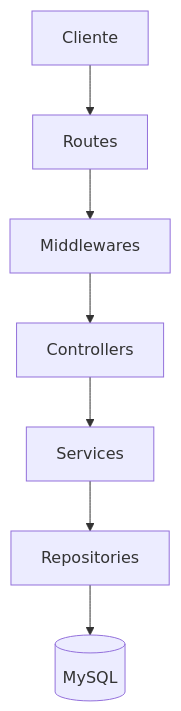
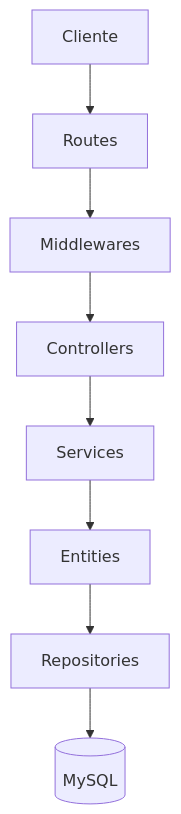
One commit to joseluucaas/chatflow changed the first of 3 diagrams in README.md. Above: the diagram before and after it, drawn with Mermaid. The commit also changed other lines of this file, not shown here.

````diff
--- a/README.md
+++ b/README.md
@@ -91,9 +91,9 @@
 ```mermaid
 flowchart TB
 Client["Cliente"] --> Routes["Routes"]
 Routes --> Middleware["Middlewares"]
 Middleware --> Controller["Controllers"]
 Controller --> Service["Services"]
-Service --> Repository["Repositories"]
+Service --> Entity["Entities"] --> Repository["Repositories"]
 Repository --> Database[("MySQL")]
 ```
````
